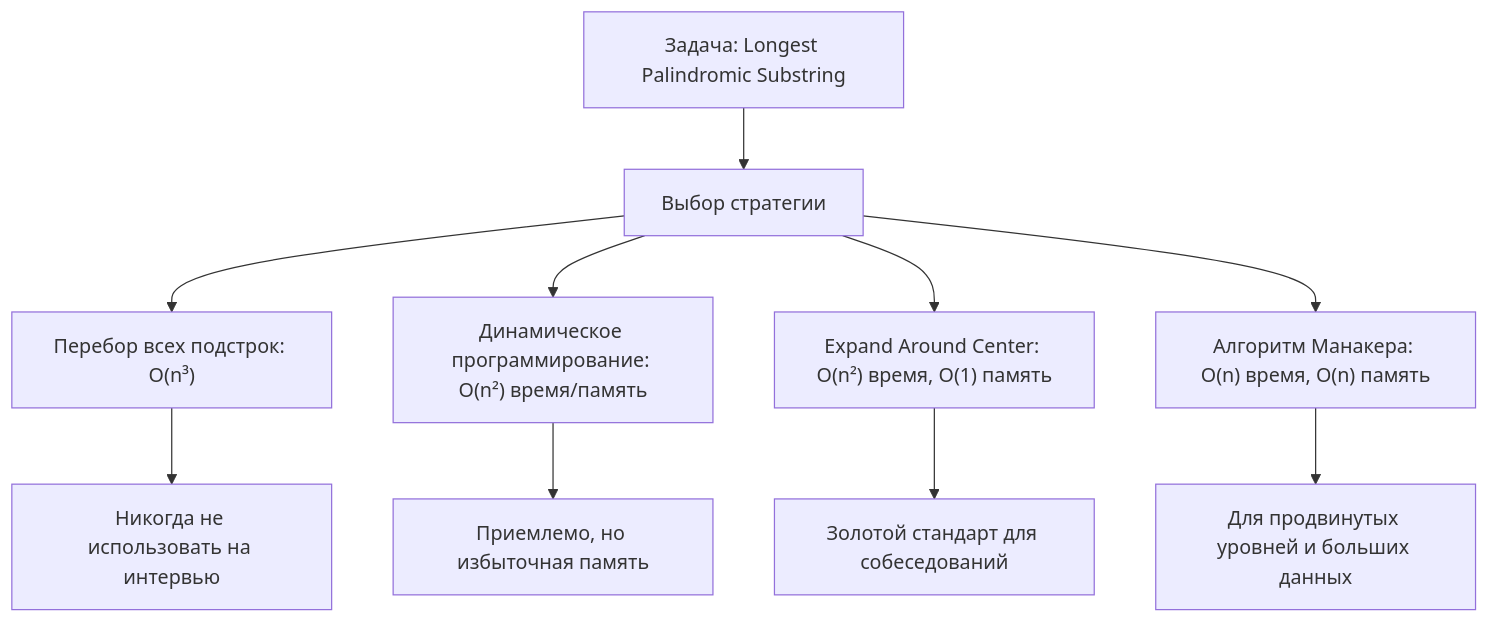
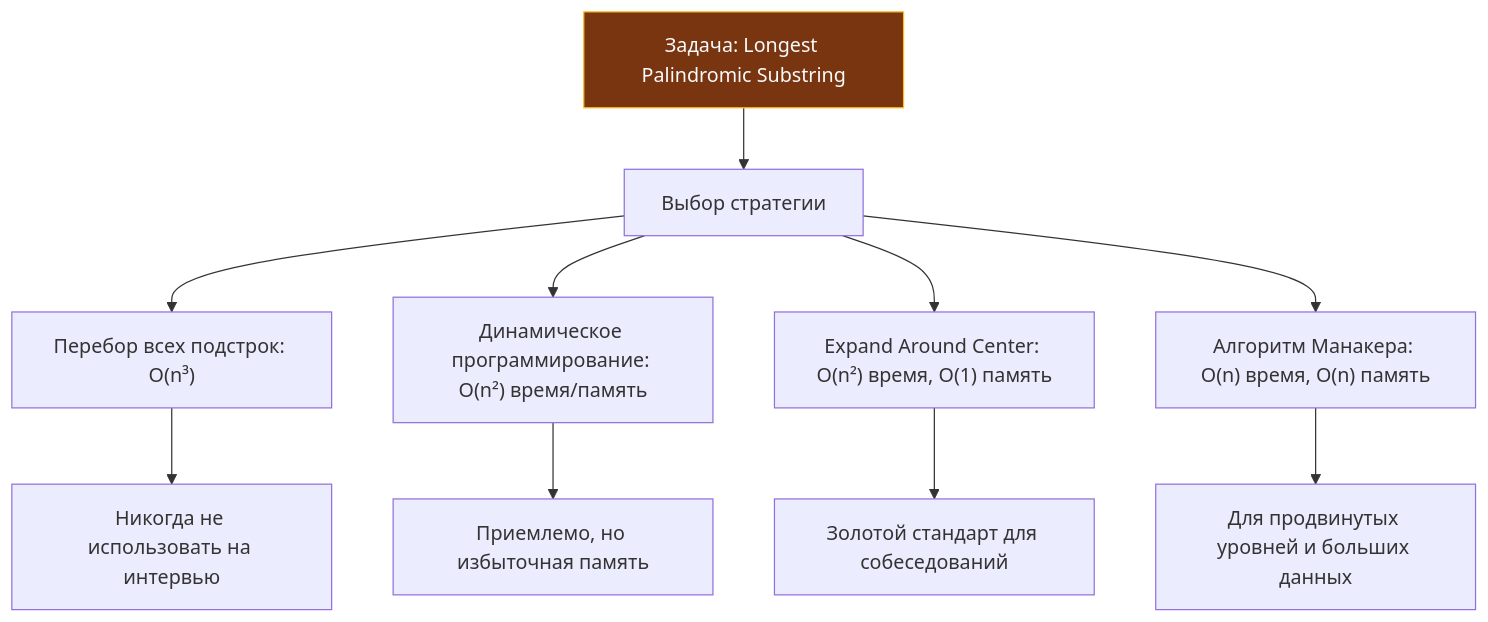
One commit to UnrealTemplier/go-textbook changed the first of 4 diagrams in sources/21. Задачи с LeetCode и собеседований на Go/02. Задачи/25. Строки/4. Longest Palindromic Substring.md. Above: the diagram before and after it, drawn with Mermaid. The commit also changed other lines of this file and 1666 other files, not shown here.

First line of the commit message:
feat(mermaid): add semantic color classDef to 1369 colorless flowchart/graph diagrams

````diff
--- a/sources/21. Задачи с LeetCode и собеседований на Go/02. Задачи/25. Строки/4. Longest Palindromic Substring.md
+++ b/sources/21. Задачи с LeetCode и собеседований на Go/02. Задачи/25. Строки/4. Longest Palindromic Substring.md
@@ -5,12 +5,22 @@
 ```mermaid
 flowchart TD
-    A["Задача: Longest Palindromic Substring"] --> B["Выбор стратегии"]
+    classDef process  fill:#1e293b,stroke:#38bdf8,stroke-width:1px,color:#f8fafc
+    classDef success  fill:#064e3b,stroke:#34d399,stroke-width:1px,color:#f8fafc
+    classDef error    fill:#7f1d1d,stroke:#f87171,stroke-width:1px,color:#f8fafc
+    classDef warning  fill:#78350f,stroke:#fbbf24,stroke-width:1px,color:#f8fafc
+    classDef entry    fill:#1e3a5f,stroke:#38bdf8,stroke-width:2px,color:#f8fafc
+    classDef aux      fill:#334155,stroke:#64748b,stroke-width:1px,color:#f8fafc
+    classDef system   fill:#312e81,stroke:#a78bfa,stroke-width:1px,color:#f8fafc
+    classDef data     fill:#132d29,stroke:#2dd4bf,stroke-width:1px,color:#f8fafc
+    classDef network  fill:#881337,stroke:#fb7185,stroke-width:1px,color:#f8fafc
+    classDef accent   fill:#1e1b4b,stroke:#818cf8,stroke-width:1px,color:#f8fafc
+    A["Задача: Longest Palindromic Substring"]:::warning --> B["Выбор стратегии"]
     B --> C["Перебор всех подстрок: O(n³)"]
     B --> D["Динамическое программирование: O(n²) время/память"]
     B --> E["Expand Around Center: O(n²) время, O(1) память"]
     B --> F["Алгоритм Манакера: O(n) время, O(n) память"]
     C --> G["Никогда не использовать на интервью"]
     D --> H["Приемлемо, но избыточная память"]
     E --> I["Золотой стандарт для собеседований"]
     F --> J["Для продвинутых уровней и больших данных"]
 ```
````
